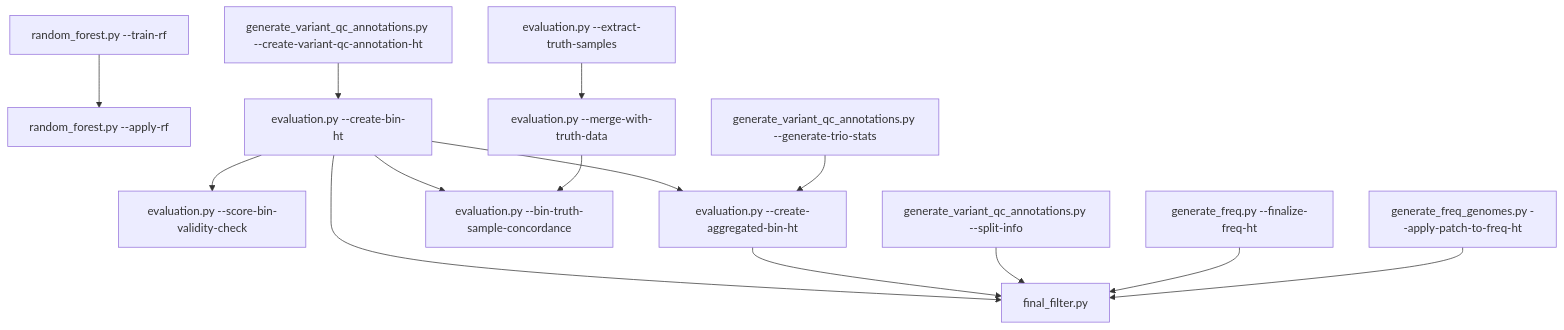
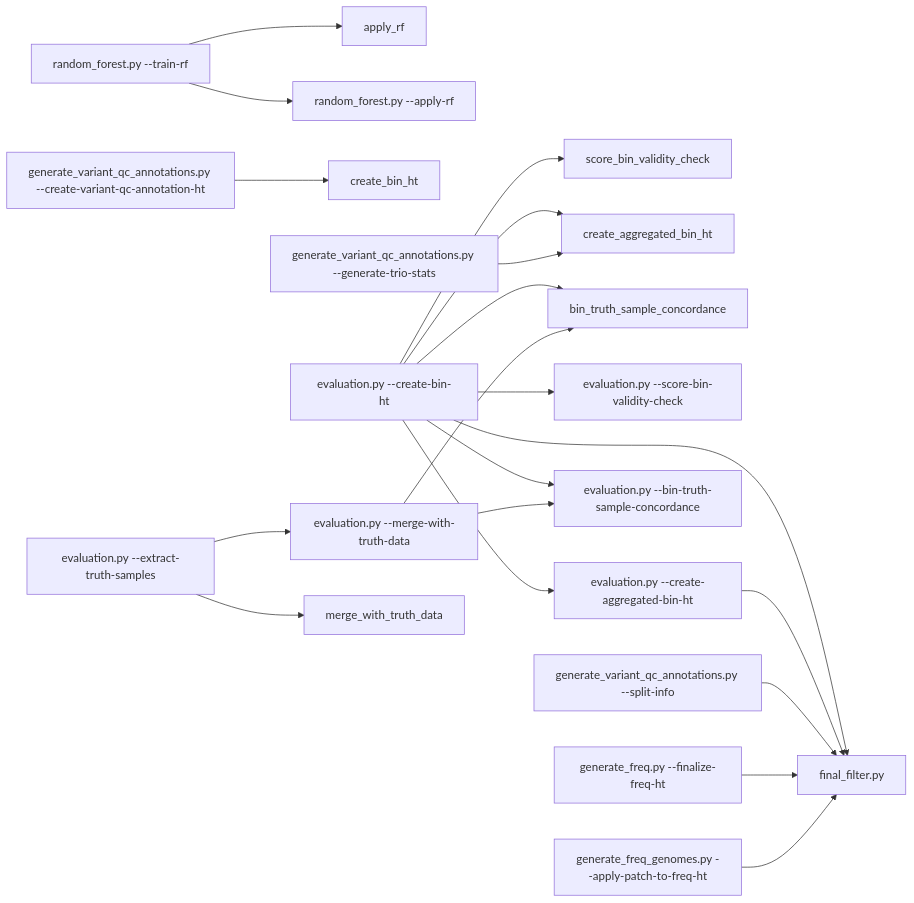
One commit to broadinstitute/gnomad_qc changed the fourth of 18 diagrams in test_flowchart.md. Above: the diagram before and after it, drawn with Mermaid. The commit also changed other lines of this file, not shown here.

````diff
--- a/test_flowchart.md
+++ b/test_flowchart.md
@@ -65,16 +109,24 @@
 ```mermaid
-flowchart TD;
+flowchart LR;
+  classDef node_color fill:#BE4603
+
+  train-rf["random_forest.py --train-rf"] --> apply_rf["apply_rf"];
   train-rf["random_forest.py --train-rf"] --> apply-rf["random_forest.py --apply-rf"];
-  create-variant-qc-annotation-ht["generate_variant_qc_annotations.py --create-variant-qc-annotation-ht"] --> create-bin-ht["evaluation.py --create-bin-ht"];
+  create-variant-qc-annotation-ht["generate_variant_qc_annotations.py --create-variant-qc-annotation-ht"] --> create_bin_ht["create_bin_ht"];
+  create-bin-ht["evaluation.py --create-bin-ht"] --> score_bin_validity_check["score_bin_validity_check"];
+  create-bin-ht["evaluation.py --create-bin-ht"] --> create_aggregated_bin_ht["create_aggregated_bin_ht"];
+  generate-trio-stats["generate_variant_qc_annotations.py --generate-trio-stats"] --> create_aggregated_bin_ht["create_aggregated_bin_ht"];
+  create-bin-ht["evaluation.py --create-bin-ht"] --> bin_truth_sample_concordance["bin_truth_sample_concordance"];
+  merge-with-truth-data["evaluation.py --merge-with-truth-data"] --> bin_truth_sample_concordance["bin_truth_sample_concordance"];
+  extract-truth-samples["evaluation.py --extract-truth-samples"] --> merge_with_truth_data["merge_with_truth_data"];
   create-bin-ht["evaluation.py --create-bin-ht"] --> score-bin-validity-check["evaluation.py --score-bin-validity-check"];
   create-bin-ht["evaluation.py --create-bin-ht"] --> create-aggregated-bin-ht["evaluation.py --create-aggregated-bin-ht"];
-  generate-trio-stats["generate_variant_qc_annotations.py --generate-trio-stats"] --> create-aggregated-bin-ht["evaluation.py --create-aggregated-bin-ht"];
   create-bin-ht["evaluation.py --create-bin-ht"] --> bin-truth-sample-concordance["evaluation.py --bin-truth-sample-concordance"];
+  extract-truth-samples["evaluation.py --extract-truth-samples"] --> merge-with-truth-data["evaluation.py --merge-with-truth-data"];
   merge-with-truth-data["evaluation.py --merge-with-truth-data"] --> bin-truth-sample-concordance["evaluation.py --bin-truth-sample-concordance"];
-  extract-truth-samples["evaluation.py --extract-truth-samples"] --> merge-with-truth-data["evaluation.py --merge-with-truth-data"];
   create-bin-ht["evaluation.py --create-bin-ht"] --> final_filter.py["final_filter.py"];
   create-aggregated-bin-ht["evaluation.py --create-aggregated-bin-ht"] --> final_filter.py["final_filter.py"];
   split-info["generate_variant_qc_annotations.py --split-info"] --> final_filter.py["final_filter.py"];
   finalize-freq-ht["generate_freq.py --finalize-freq-ht"] --> final_filter.py["final_filter.py"];
   apply-patch-to-freq-ht["generate_freq_genomes.py --apply-patch-to-freq-ht"] --> final_filter.py["final_filter.py"];
 ```
````
